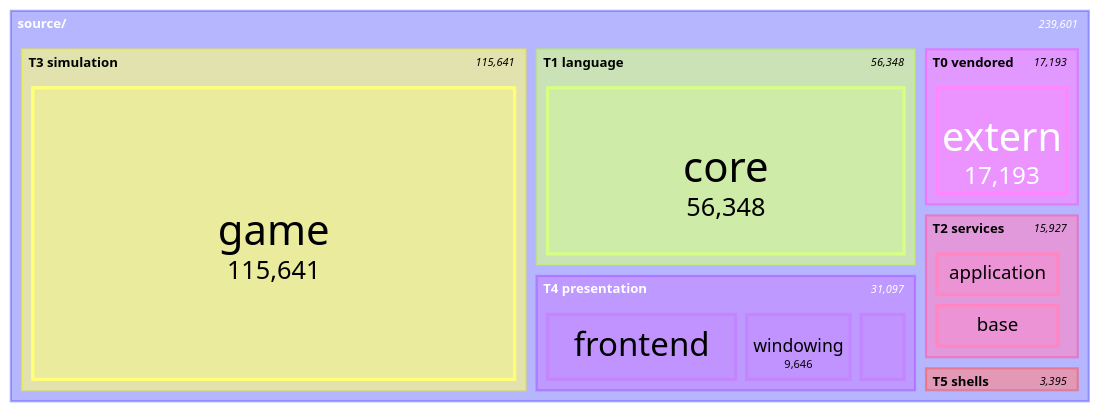
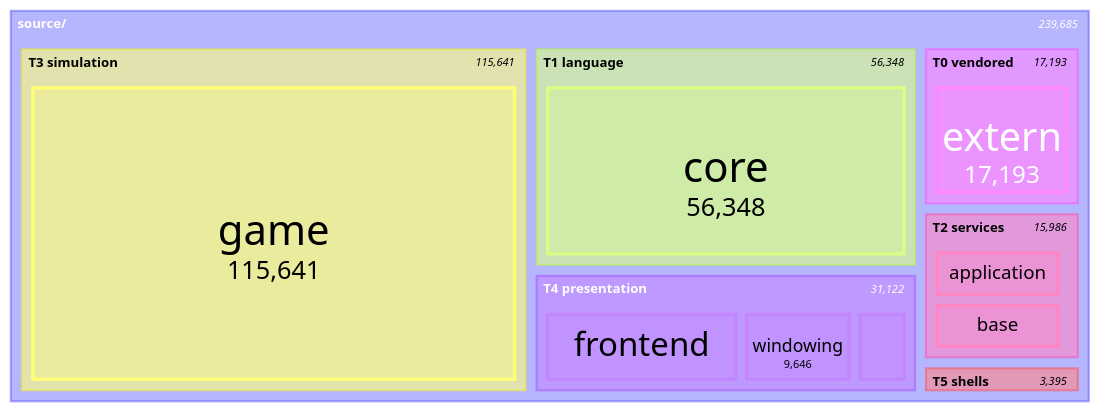
The seventh of 11 diagrams in docs/architecture/system-boundaries.md (apnex/OpenStarbound), drawn with Mermaid before and after one commit. The commit also changed other lines of this file and 10 other files, not shown here.

````diff
--- a/docs/architecture/system-boundaries.md
+++ b/docs/architecture/system-boundaries.md
@@ -592,22 +592,22 @@
 ```mermaid
 treemap-beta
 "source/"
     "T0 vendored"
         "extern": 17193
     "T1 language"
         "core": 56348
     "T2 services"
-        "application": 7489
-        "base": 7449
+        "application": 7529
+        "base": 7468
         "metrics": 847
         "platform": 142
     "T3 simulation"
         "game": 115641
     "T4 presentation"
         "frontend": 16863
         "windowing": 9646
-        "rendering": 4588
+        "rendering": 4613
     "T5 shells"
         "client": 2612
         "server": 783
 ```
````
